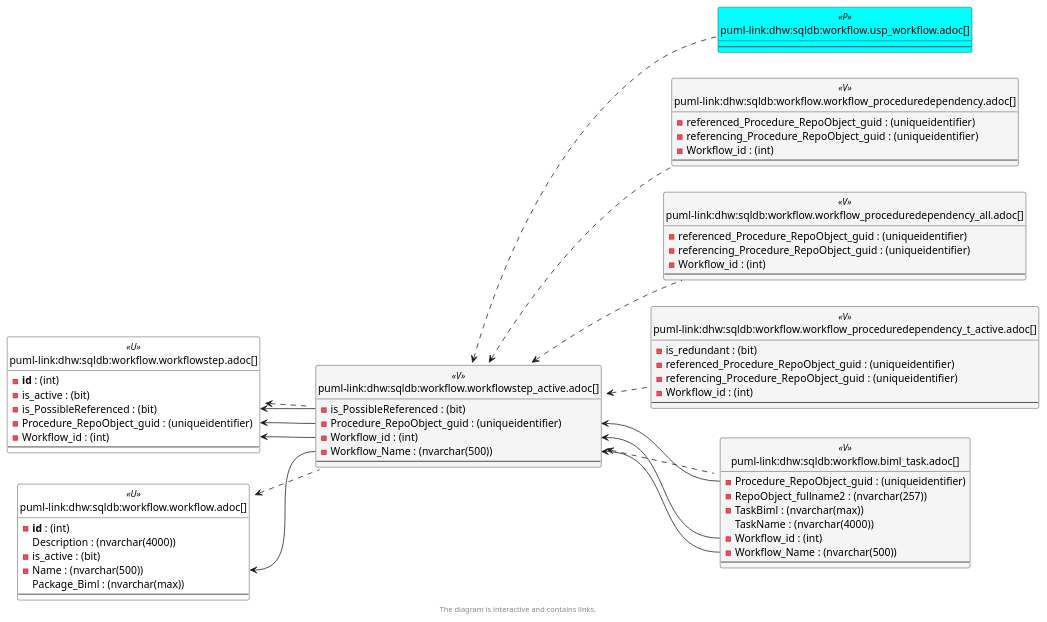
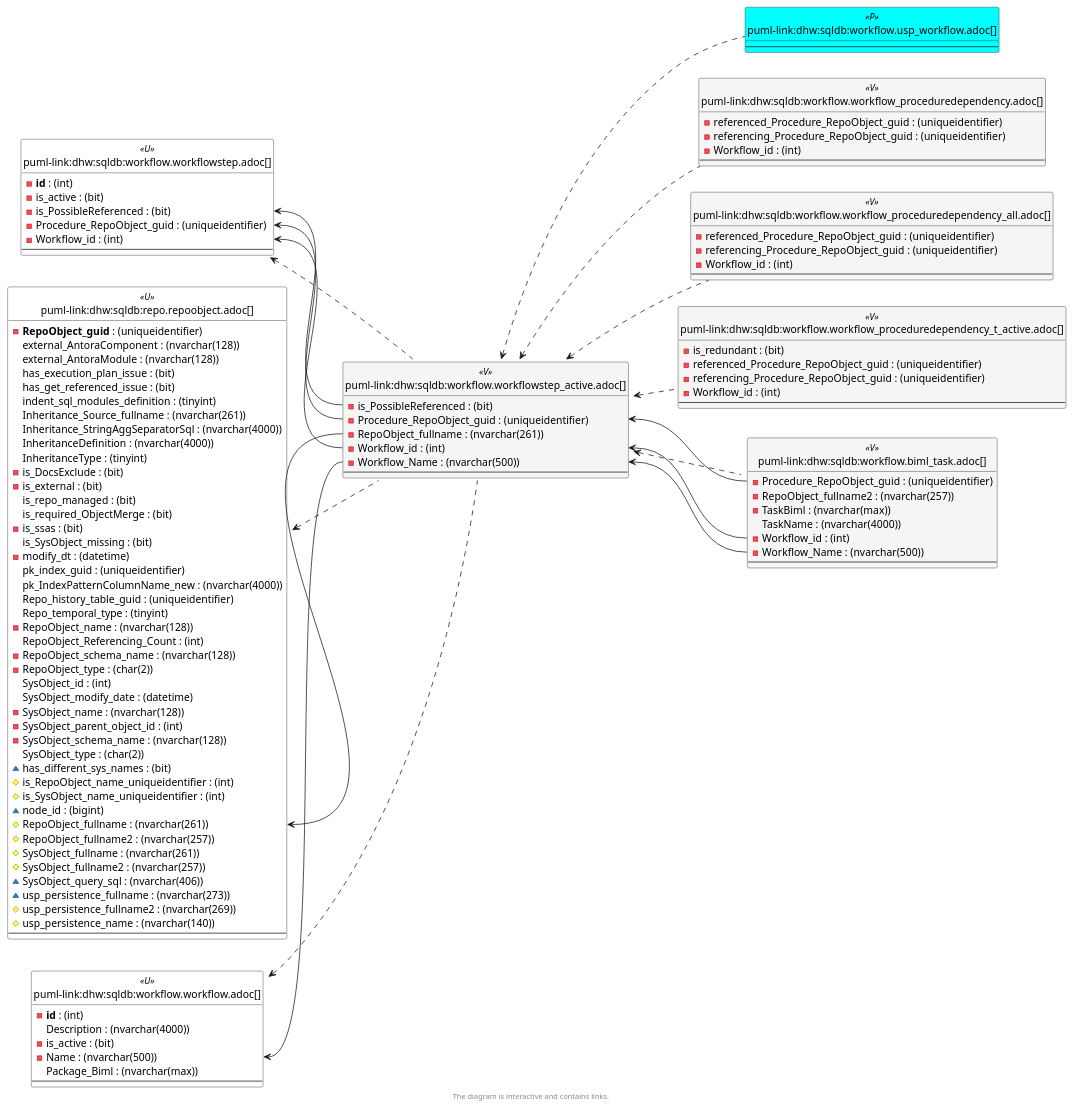
The sixth of 6 diagrams in docs/modules/sqldb/partials/content/workflow.workflowstep_active.adoc (DataHandwerk/dhw-antora-sqldb), drawn with PlantUML before and after one commit. The commit also changed other lines of this file and 701 other files, not shown here.

```diff
--- a/docs/modules/sqldb/partials/content/workflow.workflowstep_active.adoc
+++ b/docs/modules/sqldb/partials/content/workflow.workflowstep_active.adoc
@@ -1673,6 +1714,53 @@
   BackgroundColor<<external>> AliceBlue
 }
 
+
+entity "puml-link:dhw:sqldb:repo.repoobject.adoc[]" as repo.RepoObject << U >> {
+  - **RepoObject_guid** : (uniqueidentifier)
+  external_AntoraComponent : (nvarchar(128))
+  external_AntoraModule : (nvarchar(128))
+  has_execution_plan_issue : (bit)
+  has_get_referenced_issue : (bit)
+  indent_sql_modules_definition : (tinyint)
+  Inheritance_Source_fullname : (nvarchar(261))
+  Inheritance_StringAggSeparatorSql : (nvarchar(4000))
+  InheritanceDefinition : (nvarchar(4000))
+  InheritanceType : (tinyint)
+  - is_DocsExclude : (bit)
+  - is_external : (bit)
+  is_repo_managed : (bit)
+  is_required_ObjectMerge : (bit)
+  - is_ssas : (bit)
+  is_SysObject_missing : (bit)
+  - modify_dt : (datetime)
+  pk_index_guid : (uniqueidentifier)
+  pk_IndexPatternColumnName_new : (nvarchar(4000))
+  Repo_history_table_guid : (uniqueidentifier)
+  Repo_temporal_type : (tinyint)
+  - RepoObject_name : (nvarchar(128))
+  RepoObject_Referencing_Count : (int)
+  - RepoObject_schema_name : (nvarchar(128))
+  - RepoObject_type : (char(2))
+  SysObject_id : (int)
+  SysObject_modify_date : (datetime)
+  - SysObject_name : (nvarchar(128))
+  - SysObject_parent_object_id : (int)
+  - SysObject_schema_name : (nvarchar(128))
+  SysObject_type : (char(2))
+  ~ has_different_sys_names : (bit)
+  # is_RepoObject_name_uniqueidentifier : (int)
+  # is_SysObject_name_uniqueidentifier : (int)
+  ~ node_id : (bigint)
+  # RepoObject_fullname : (nvarchar(261))
+  # RepoObject_fullname2 : (nvarchar(257))
+  # SysObject_fullname : (nvarchar(261))
+  # SysObject_fullname2 : (nvarchar(257))
+  ~ SysObject_query_sql : (nvarchar(406))
+  ~ usp_persistence_fullname : (nvarchar(273))
+  # usp_persistence_fullname2 : (nvarchar(269))
+  # usp_persistence_name : (nvarchar(140))
+  --
+}
 
 entity "puml-link:dhw:sqldb:workflow.biml_task.adoc[]" as workflow.Biml_Task << V >> {
   - Procedure_RepoObject_guid : (uniqueidentifier)
@@ -1731,18 +1819,21 @@
 entity "puml-link:dhw:sqldb:workflow.workflowstep_active.adoc[]" as workflow.WorkflowStep_active << V >> {
   - is_PossibleReferenced : (bit)
   - Procedure_RepoObject_guid : (uniqueidentifier)
+  - RepoObject_fullname : (nvarchar(261))
   - Workflow_id : (int)
   - Workflow_Name : (nvarchar(500))
   --
 }
 
+repo.RepoObject <.. workflow.WorkflowStep_active
 workflow.Workflow <.. workflow.WorkflowStep_active
 workflow.WorkflowStep <.. workflow.WorkflowStep_active
 workflow.WorkflowStep_active <.. workflow.Biml_Task
+workflow.WorkflowStep_active <.. workflow.usp_workflow
 workflow.WorkflowStep_active <.. workflow.Workflow_ProcedureDependency
+workflow.WorkflowStep_active <.. workflow.Workflow_ProcedureDependency_all
 workflow.WorkflowStep_active <.. workflow.Workflow_ProcedureDependency_T_active
-workflow.WorkflowStep_active <.. workflow.usp_workflow
-workflow.WorkflowStep_active <.. workflow.Workflow_ProcedureDependency_all
+"repo.RepoObject::RepoObject_fullname" <-- "workflow.WorkflowStep_active::RepoObject_fullname"
 "workflow.Workflow::Name" <-- "workflow.WorkflowStep_active::Workflow_Name"
 "workflow.WorkflowStep::is_PossibleReferenced" <-- "workflow.WorkflowStep_active::is_PossibleReferenced"
 "workflow.WorkflowStep::Procedure_RepoObject_guid" <-- "workflow.WorkflowStep_active::Procedure_RepoObject_guid"
```
